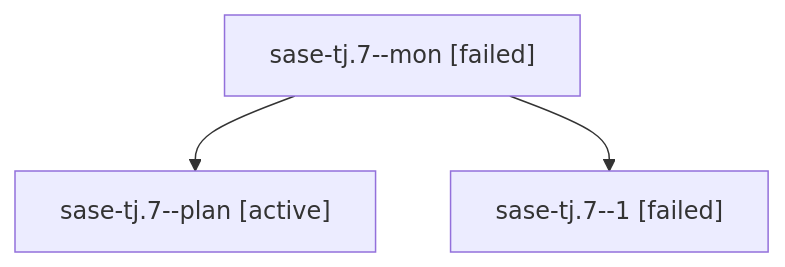
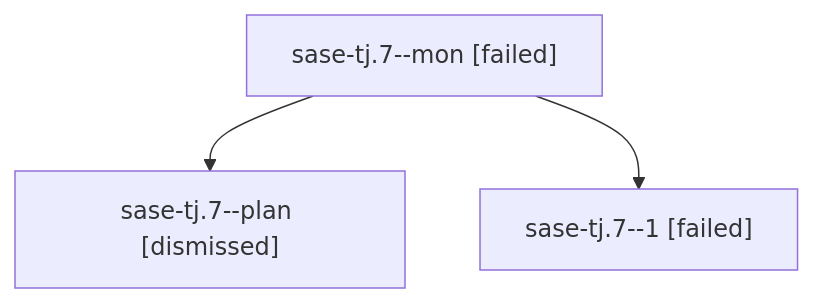
The diagram in sessions/bbugyi200.athena.sase-tj.7.md (sase-org/sase--agents), drawn with Mermaid before and after one commit. The commit also changed other lines of this file and 148 other files, not shown here.

````diff
--- a/sessions/bbugyi200.athena.sase-tj.7.md
+++ b/sessions/bbugyi200.athena.sase-tj.7.md
@@ -9,8 +9,8 @@
 ```mermaid
 flowchart TD
   n0["sase-tj.7--mon [failed]"]
-  n1["sase-tj.7--plan [active]"]
+  n1["sase-tj.7--plan [dismissed]"]
   n0 --> n1
   n2["sase-tj.7--1 [failed]"]
   n0 --> n2
 ```
````
